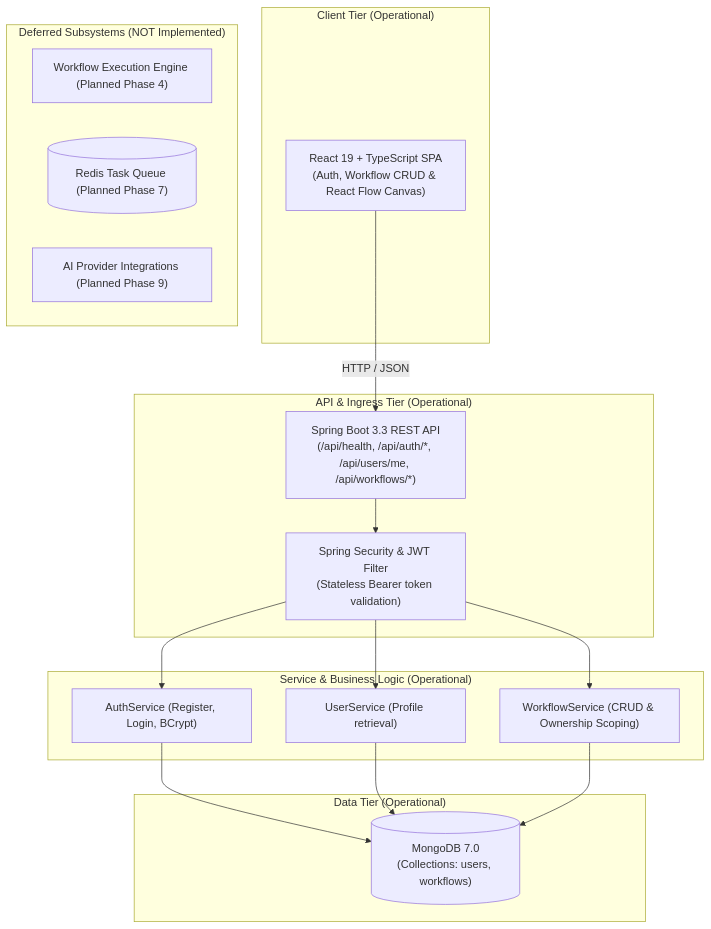
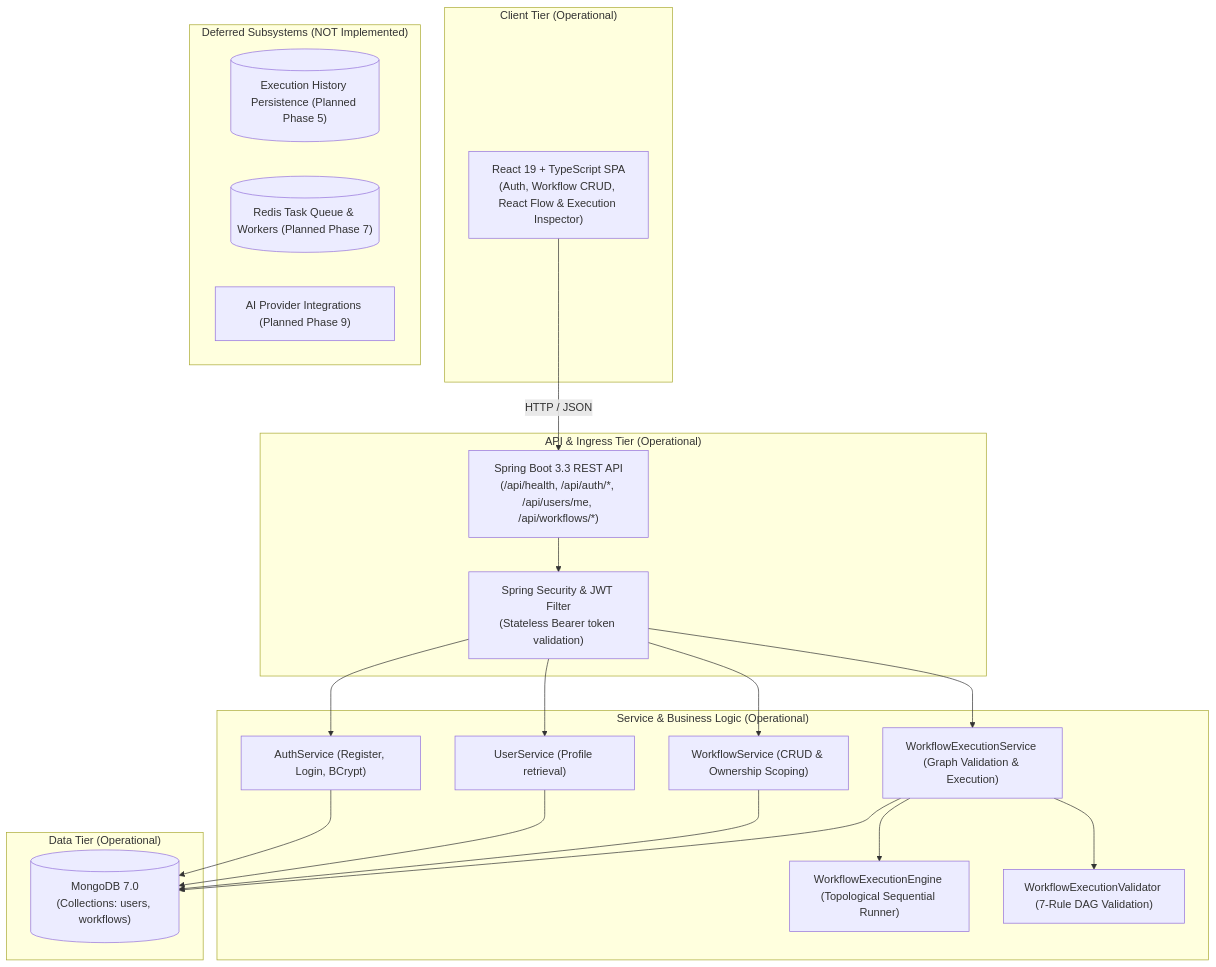
Before and after one commit to abhijeet-rx/Adonis: the diagram in ARCHITECTURE.md, drawn with Mermaid. The commit also changed other lines of this file and 24 other files, not shown here.

Commit message:
feat: implement phase 4 workflow execution engine

````diff
--- a/ARCHITECTURE.md
+++ b/ARCHITECTURE.md
@@ -90,36 +100,43 @@
 ```mermaid
 graph TD
     subgraph Client["Client Tier (Operational)"]
-        UI["React 19 + TypeScript SPA<br/>(Auth, Workflow CRUD & React Flow Canvas)"]
+        UI["React 19 + TypeScript SPA<br/>(Auth, Workflow CRUD, React Flow & Execution Inspector)"]
     end
 
     subgraph Gateway["API & Ingress Tier (Operational)"]
         API["Spring Boot 3.3 REST API<br/>(/api/health, /api/auth/*, /api/users/me, /api/workflows/*)"]
         AUTH["Spring Security & JWT Filter<br/>(Stateless Bearer token validation)"]
     end
 
     subgraph ServiceLayer["Service & Business Logic (Operational)"]
         AUTH_SVC["AuthService (Register, Login, BCrypt)"]
         USER_SVC["UserService (Profile retrieval)"]
         WF_SVC["WorkflowService (CRUD & Ownership Scoping)"]
+        EXEC_SVC["WorkflowExecutionService (Graph Validation & Execution)"]
+        ENGINE["WorkflowExecutionEngine (Topological Sequential Runner)"]
+        VALIDATOR["WorkflowExecutionValidator (7-Rule DAG Validation)"]
     end
 
     subgraph Storage["Data Tier (Operational)"]
         MONGO[("MongoDB 7.0<br/>(Collections: users, workflows)")]
     end
 
     subgraph Deferred["Deferred Subsystems (NOT Implemented)"]
-        ENGINE["Workflow Execution Engine (Planned Phase 4)"]
-        REDIS[("Redis Task Queue (Planned Phase 7)")]
+        HISTORY[("Execution History Persistence (Planned Phase 5)")]
+        REDIS[("Redis Task Queue & Workers (Planned Phase 7)")]
         AI["AI Provider Integrations (Planned Phase 9)"]
     end
 
     UI -->|HTTP / JSON| API
     API --> AUTH
     AUTH --> AUTH_SVC
     AUTH --> USER_SVC
     AUTH --> WF_SVC
+    AUTH --> EXEC_SVC
+    EXEC_SVC --> VALIDATOR
+    EXEC_SVC --> ENGINE
     AUTH_SVC --> MONGO
     USER_SVC --> MONGO
     WF_SVC --> MONGO
+    EXEC_SVC --> MONGO
 ```
````
